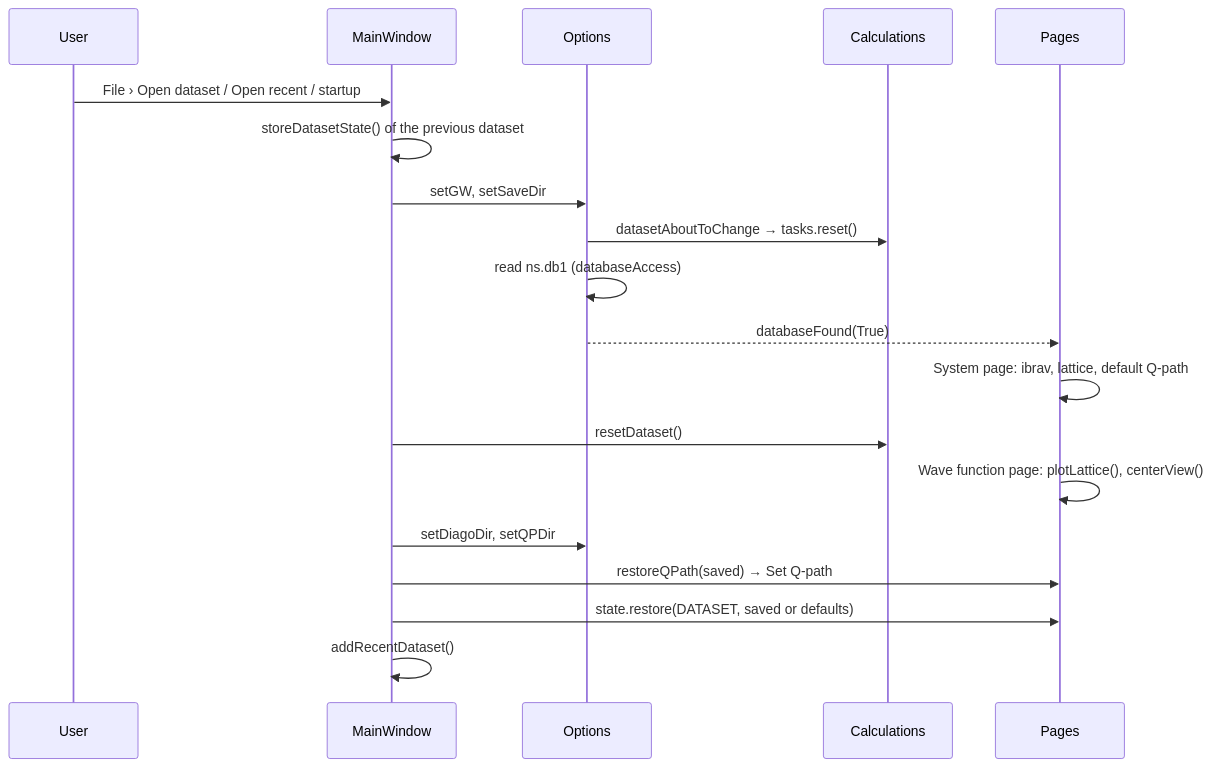
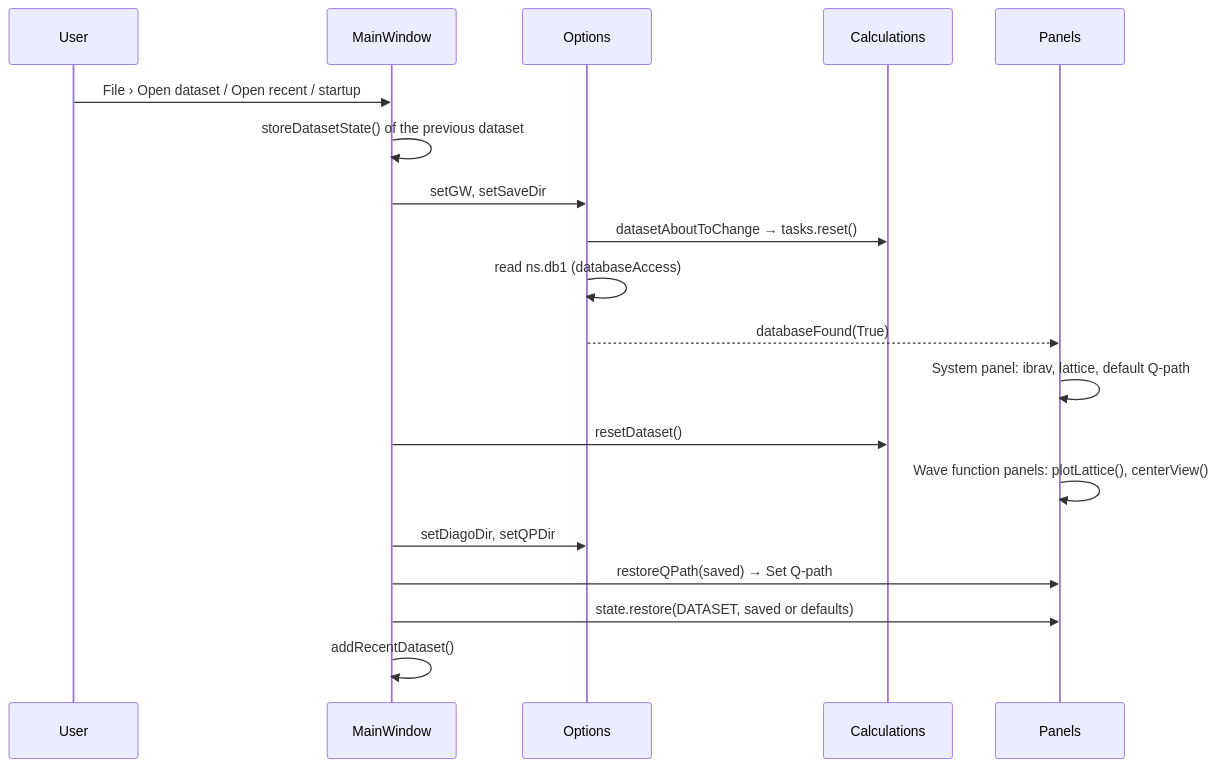
Before and after one commit to jmcastelo/visual-excitons: the second of 3 diagrams in docs/ARCHITECTURE.md, drawn with Mermaid. The commit also changed other lines of this file and 13 other files, not shown here.

Commit message:
Replaced the pages and sidebar with dockable panels (PySide6-QtAds), with preset and saved layouts in a Layout menu

````diff
--- a/docs/ARCHITECTURE.md
+++ b/docs/ARCHITECTURE.md
@@ -259,21 +257,21 @@
 ```mermaid
 sequenceDiagram
     participant U as User
     participant MW as MainWindow
     participant O as Options
     participant C as Calculations
-    participant P as Pages
+    participant P as Panels
     U->>MW: File › Open dataset / Open recent / startup
     MW->>MW: storeDatasetState() of the previous dataset
     MW->>O: setGW, setSaveDir
     O->>C: datasetAboutToChange → tasks.reset()
     O->>O: read ns.db1 (databaseAccess)
     O-->>P: databaseFound(True)
-    P->>P: System page: ibrav, lattice, default Q-path
+    P->>P: System panel: ibrav, lattice, default Q-path
     MW->>C: resetDataset()
-    P->>P: Wave function page: plotLattice(), centerView()
+    P->>P: Wave function panels: plotLattice(), centerView()
     MW->>O: setDiagoDir, setQPDir
     MW->>P: restoreQPath(saved) → Set Q-path
     MW->>P: state.restore(DATASET, saved or defaults)
     MW->>MW: addRecentDataset()
 ```
````
